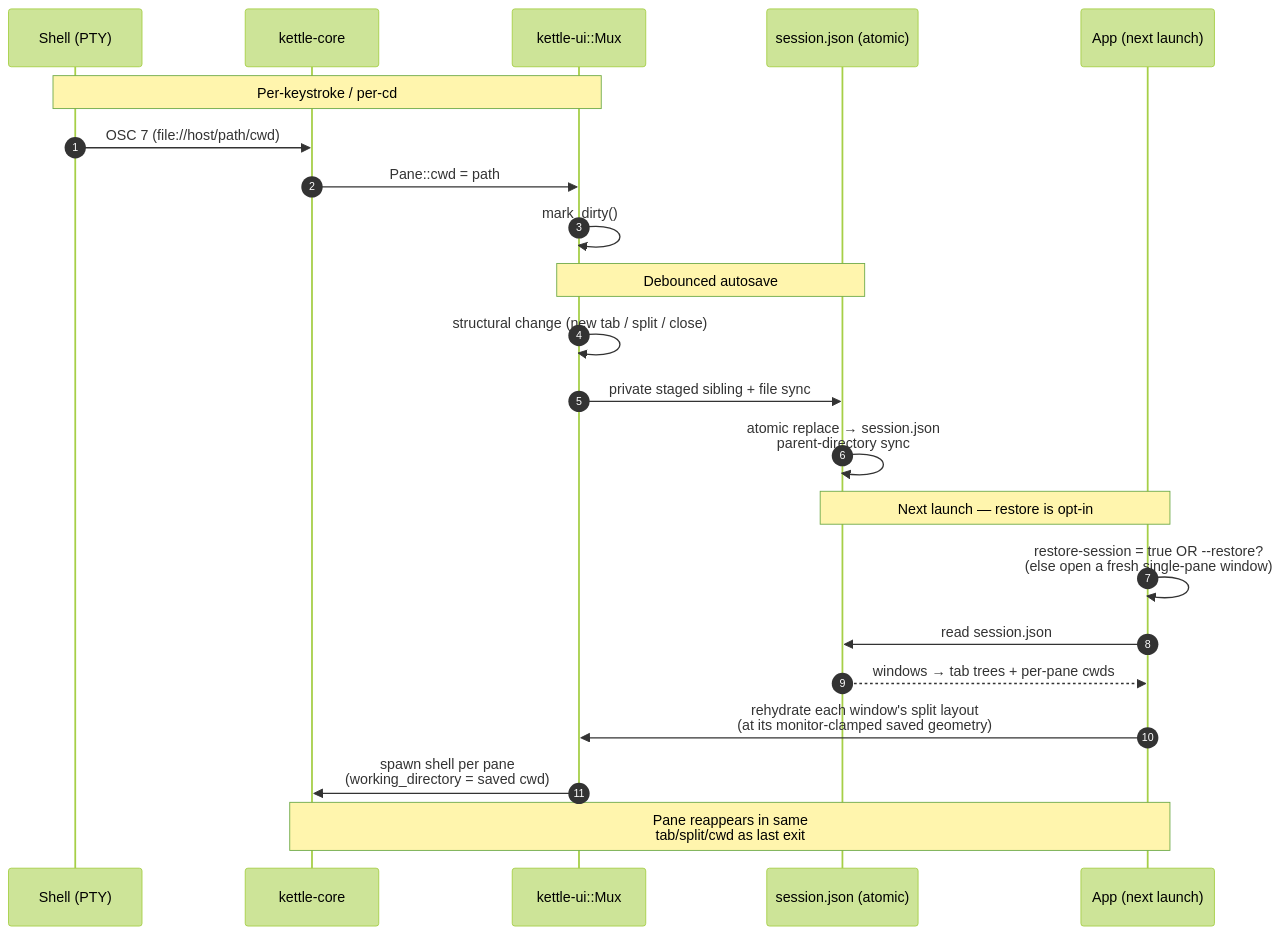
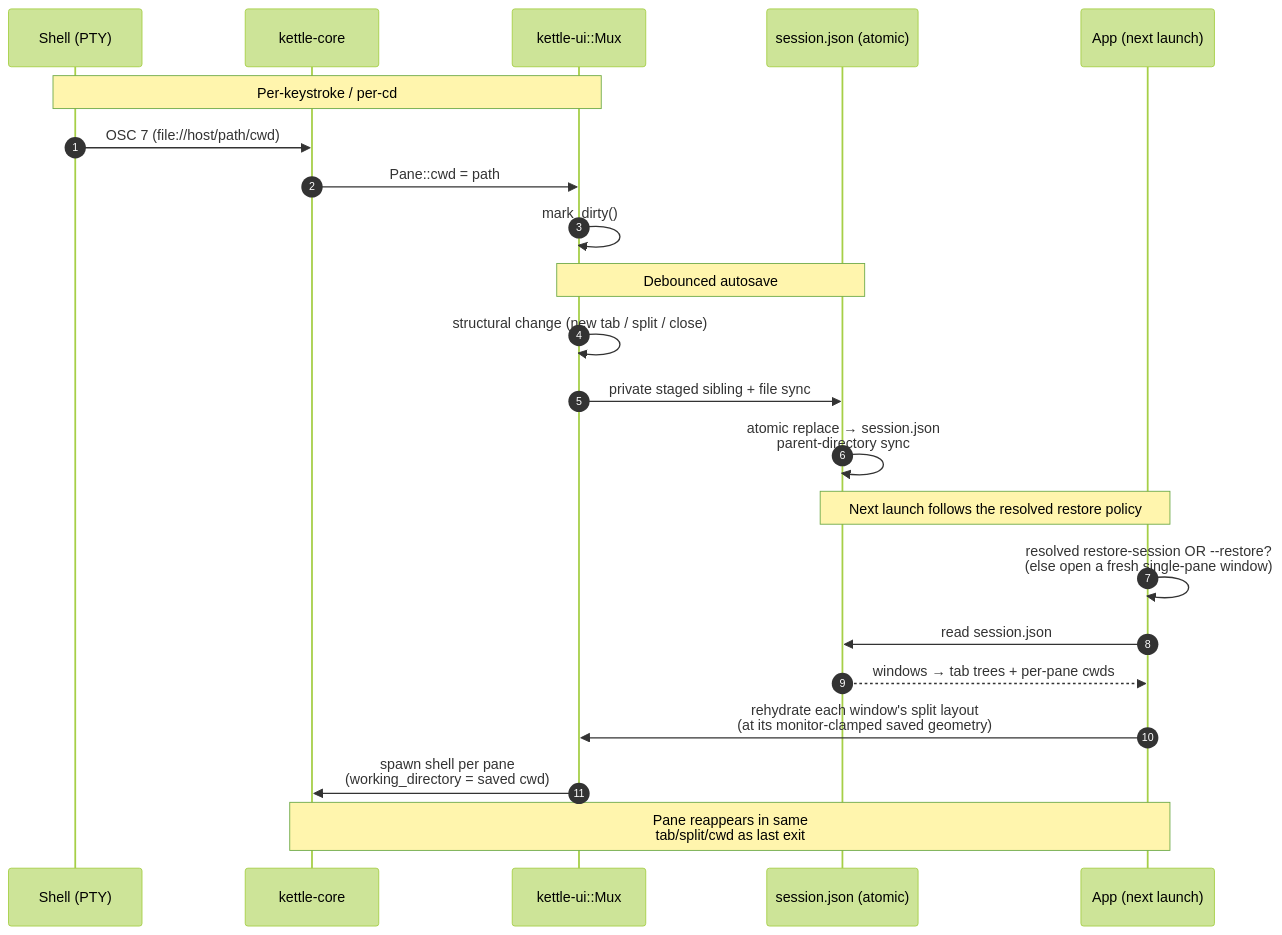
Before and after one commit to Reddimus/kettle: the tenth of 11 diagrams in docs/ARCHITECTURE.md, drawn with Mermaid (forest theme). The commit also changed other lines of this file and 20 other files, not shown here.

````diff
--- a/docs/ARCHITECTURE.md
+++ b/docs/ARCHITECTURE.md
@@ -4447,27 +4451,27 @@
 ```mermaid
 sequenceDiagram
     autonumber
     participant Shell as Shell (PTY)
     participant Core as kettle-core
     participant Mux as kettle-ui::Mux
     participant FS as session.json (atomic)
     participant App as App (next launch)
 
     Note over Shell,Mux: Per-keystroke / per-cd
     Shell->>Core: OSC 7 (file://host/path/cwd)
     Core->>Mux: Pane::cwd = path
     Mux->>Mux: mark_dirty()
 
     Note over Mux,FS: Debounced autosave
     Mux->>Mux: structural change (new tab / split / close)
     Mux->>FS: private staged sibling + file sync
     FS->>FS: atomic replace → session.json<br/>parent-directory sync
 
-    Note over App,FS: Next launch — restore is opt-in
-    App->>App: restore-session = true OR --restore?<br/>(else open a fresh single-pane window)
+    Note over App,FS: Next launch follows the resolved restore policy
+    App->>App: resolved restore-session OR --restore?<br/>(else open a fresh single-pane window)
     App->>FS: read session.json
     FS-->>App: windows → tab trees + per-pane cwds
     App->>Mux: rehydrate each window's split layout<br/>(at its monitor-clamped saved geometry)
     Mux->>Core: spawn shell per pane<br/>(working_directory = saved cwd)
     Note over Core,App: Pane reappears in same<br/>tab/split/cwd as last exit
 ```
````
